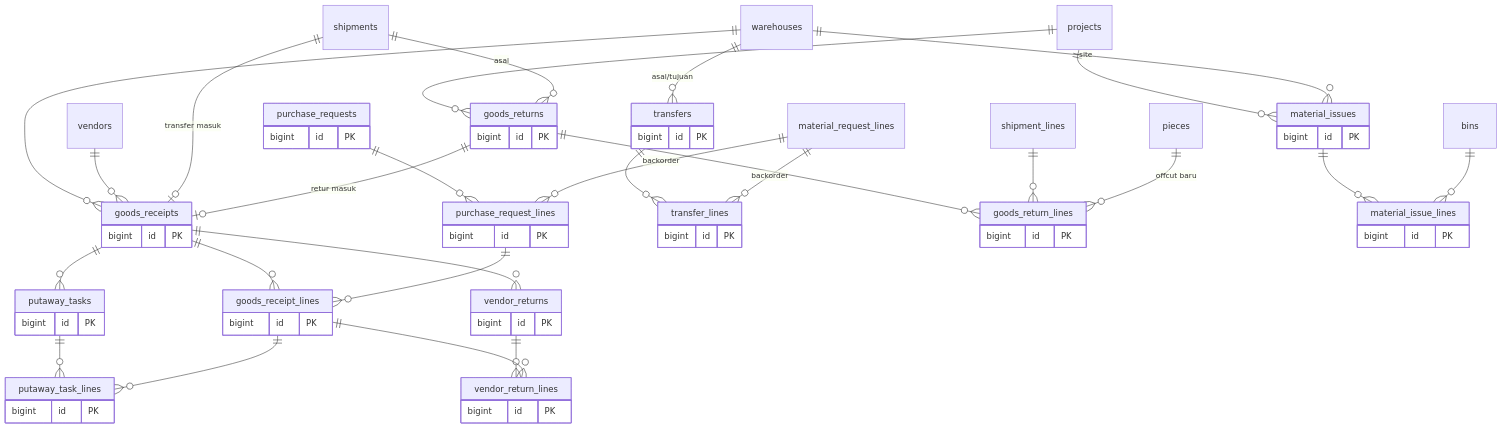
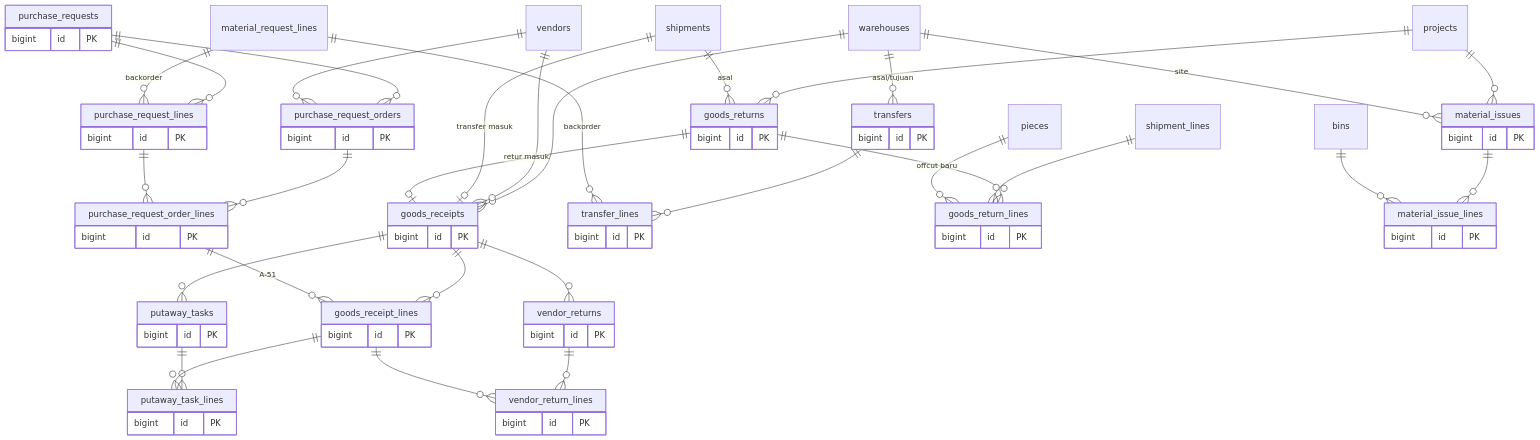
The third of 3 diagrams in docs/wms/08b-model-data-stok-dokumen.md (HengkyDarmawan/wms), drawn with Mermaid before and after one commit. The commit also changed other lines of this file and 967 other files, not shown here.

````diff
--- a/docs/wms/08b-model-data-stok-dokumen.md
+++ b/docs/wms/08b-model-data-stok-dokumen.md
@@ -169,71 +190,81 @@
 ```mermaid
 erDiagram
   goods_receipts {
     bigint id PK
   }
   goods_receipt_lines {
     bigint id PK
   }
   putaway_tasks {
     bigint id PK
   }
   putaway_task_lines {
     bigint id PK
   }
   vendor_returns {
     bigint id PK
   }
   vendor_return_lines {
     bigint id PK
   }
   purchase_requests {
     bigint id PK
   }
   purchase_request_lines {
     bigint id PK
   }
+  purchase_request_orders {
+    bigint id PK
+  }
+  purchase_request_order_lines {
+    bigint id PK
+  }
   transfers {
     bigint id PK
   }
   transfer_lines {
     bigint id PK
   }
   goods_returns {
     bigint id PK
   }
   goods_return_lines {
     bigint id PK
   }
   material_issues {
     bigint id PK
   }
   material_issue_lines {
     bigint id PK
   }
   warehouses ||--o{ goods_receipts : " "
   vendors ||--o{ goods_receipts : " "
   shipments ||--o| goods_receipts : "transfer masuk"
   goods_returns ||--o| goods_receipts : "retur masuk"
   goods_receipts ||--o{ goods_receipt_lines : " "
-  purchase_request_lines ||--o{ goods_receipt_lines : " "
+  purchase_request_order_lines ||--o{ goods_receipt_lines : "A-51"
   goods_receipts ||--o{ putaway_tasks : " "
   putaway_tasks ||--o{ putaway_task_lines : " "
   goods_receipt_lines ||--o{ putaway_task_lines : " "
   goods_receipts ||--o{ vendor_returns : " "
   vendor_returns ||--o{ vendor_return_lines : " "
   goods_receipt_lines ||--o{ vendor_return_lines : " "
   purchase_requests ||--o{ purchase_request_lines : " "
   material_request_lines ||--o{ purchase_request_lines : "backorder"
+  purchase_requests ||--o{ purchase_request_orders : " "
+  vendors ||--o{ purchase_request_orders : " "
+  purchase_request_orders ||--o{ purchase_request_order_lines : " "
+  purchase_request_lines ||--o{ purchase_request_order_lines : " "
   transfers ||--o{ transfer_lines : " "
   material_request_lines ||--o{ transfer_lines : "backorder"
   warehouses ||--o{ transfers : "asal/tujuan"
   projects ||--o{ goods_returns : " "
   shipments ||--o{ goods_returns : "asal"
   goods_returns ||--o{ goods_return_lines : " "
   shipment_lines ||--o{ goods_return_lines : " "
   pieces ||--o{ goods_return_lines : "offcut baru"
   projects ||--o{ material_issues : " "
   warehouses ||--o{ material_issues : "site"
   material_issues ||--o{ material_issue_lines : " "
   bins ||--o{ material_issue_lines : " "
 ```
````
